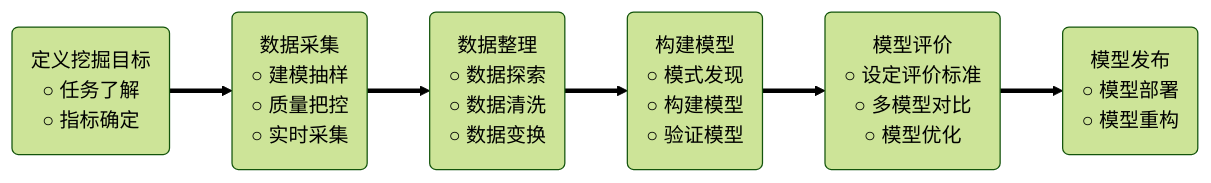
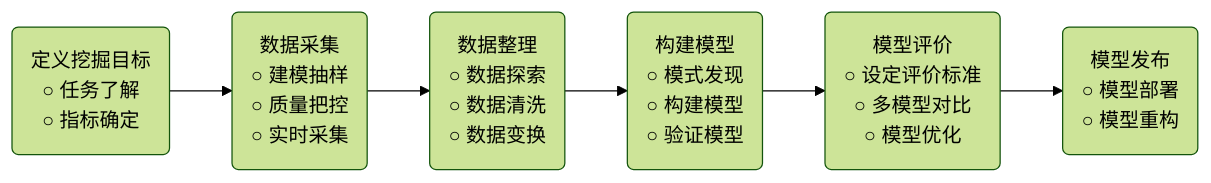
The diagram in anyfile/note01.md (foolishflyfox/CsLearnNote), drawn with Mermaid (forest theme) before and after one commit. The commit also changed 1 other file, not shown here.

Commit message:
try to solve the mermaid display problem in mobile phone + 2

````diff
--- a/anyfile/note01.md
+++ b/anyfile/note01.md
@@ -26,8 +26,8 @@
 ```mermaid
 graph LR
-    def_aim("定义挖掘目标<br>○ 任务了解<br>○ 指标确定")==>data_collect("数据采集<br>○ 建模抽样<br>○ 质量把控<br>○ 实时采集")
-    data_collect==>reorganize("数据整理<br>○ 数据探索<br>○ 数据清洗<br>○ 数据变换")
-    reorganize==>construct_model("构建模型<br>○ 模式发现<br>○ 构建模型<br>○ 验证模型")
-    construct_model==>model_evaluate("模型评价<br>○ 设定评价标准<br>○ 多模型对比<br>○ 模型优化")
-    model_evaluate==>model_release("模型发布<br>○ 模型部署<br>○ 模型重构")
+    def_aim("定义挖掘目标<br>○ 任务了解<br>○ 指标确定")-->data_collect("数据采集<br>○ 建模抽样<br>○ 质量把控<br>○ 实时采集")
+    data_collect-->reorganize("数据整理<br>○ 数据探索<br>○ 数据清洗<br>○ 数据变换")
+    reorganize-->construct_model("构建模型<br>○ 模式发现<br>○ 构建模型<br>○ 验证模型")
+    construct_model-->model_evaluate("模型评价<br>○ 设定评价标准<br>○ 多模型对比<br>○ 模型优化")
+    model_evaluate-->model_release("模型发布<br>○ 模型部署<br>○ 模型重构")
 ```
````
